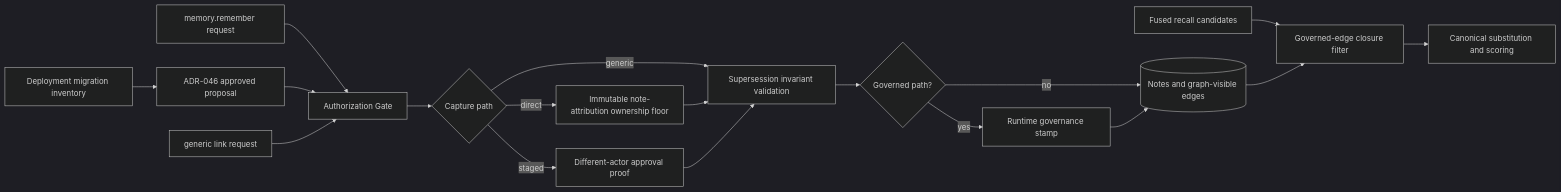
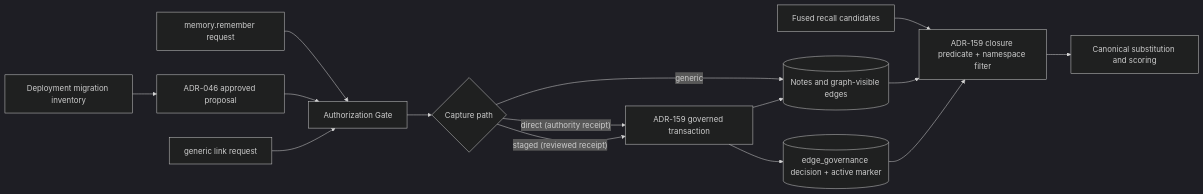
The first of 2 diagrams in docs/adr/ADR-157-supersession-chain-canonicalization.md (ohdearquant/khive), drawn with Mermaid (dark theme) before and after one commit. The commit also changed other lines of this file, not shown here.

First line of the commit message:
docs(adr): narrow ADR-157 to serving predicate and activation gate, delegating governance to ADR-159

````diff
--- a/docs/adr/ADR-157-supersession-chain-canonicalization.md
+++ b/docs/adr/ADR-157-supersession-chain-canonicalization.md
@@ -90,20 +121,17 @@
 ```mermaid
 flowchart LR
   W["memory.remember request"] --> G["Authorization Gate"]
   P["ADR-046 approved proposal"] --> G
   L["generic link request"] --> G
   M["Deployment migration inventory"] --> P
   G --> D{"Capture path"}
-  D -->|direct| O["Immutable note-attribution ownership floor"]
-  D -->|staged| A["Different-actor approval proof"]
-  D -->|generic| V
-  O --> V["Supersession invariant validation"]
-  A --> V
-  V --> E{"Governed path?"}
-  E -->|yes| T["Runtime governance stamp"]
-  E -->|no| S[("Notes and graph-visible edges")]
+  D -->|"direct (authority receipt)"| T["ADR-159 governed transaction"]
+  D -->|"staged (reviewed receipt)"| T
+  D -->|generic| S[("Notes and graph-visible edges")]
   T --> S
-  R["Fused recall candidates"] --> C["Governed-edge closure filter"]
+  T --> X[("edge_governance decision + active marker")]
+  R["Fused recall candidates"] --> C["ADR-159 closure predicate + namespace filter"]
   S --> C
+  X --> C
   C --> Q["Canonical substitution and scoring"]
 ```
````
